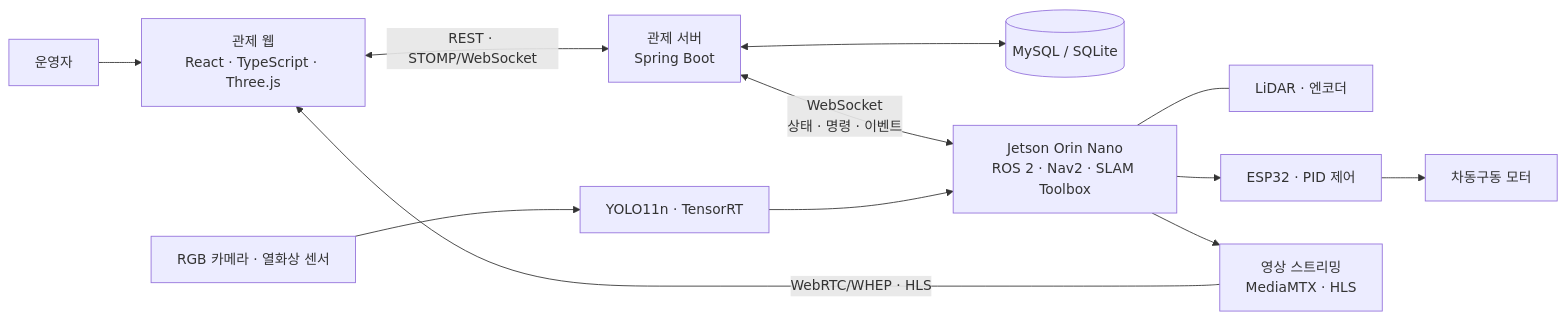
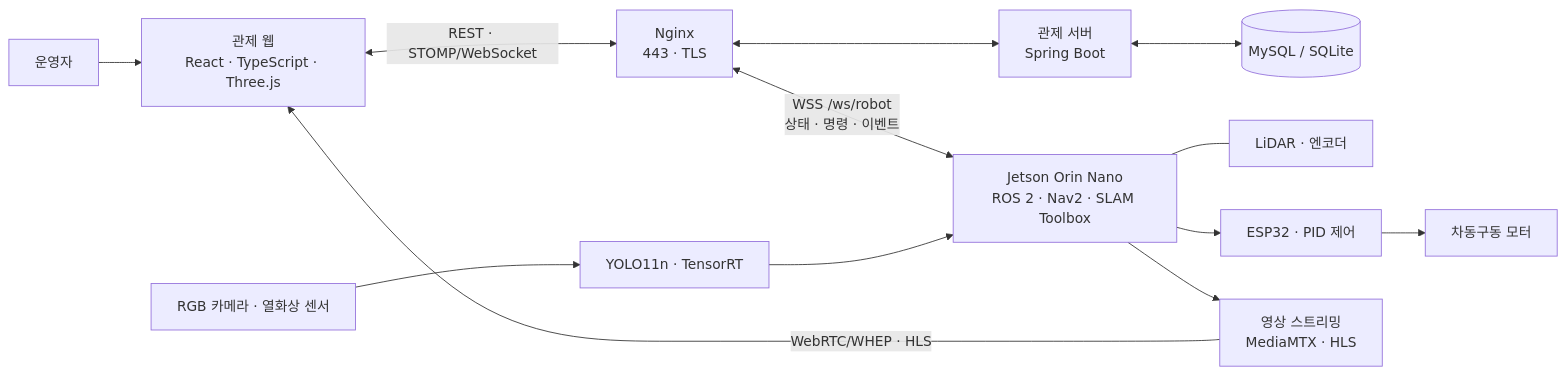
The diagram in README.md (jinsung-mo/-BBIYONG-autonomous_driving_factory_patrol_robot), drawn with Mermaid before and after one commit. The commit also changed other lines of this file and 2 other files, not shown here.

````diff
--- a/README.md
+++ b/README.md
@@ -245,14 +347,15 @@
 ```mermaid
 flowchart LR
     Operator[운영자] --> Web[관제 웹<br/>React · TypeScript · Three.js]
-    Web <-->|REST · STOMP/WebSocket| Server[관제 서버<br/>Spring Boot]
+    Web <-->|REST · STOMP/WebSocket| Nginx[Nginx<br/>443 · TLS]
+    Nginx <--> Server[관제 서버<br/>Spring Boot]
     Server <--> DB[(MySQL / SQLite)]
-    Server <-->|WebSocket<br/>상태 · 명령 · 이벤트| Robot[Jetson Orin Nano<br/>ROS 2 · Nav2 · SLAM Toolbox]
+    Nginx <-->|WSS /ws/robot<br/>상태 · 명령 · 이벤트| Robot[Jetson Orin Nano<br/>ROS 2 · Nav2 · SLAM Toolbox]
     Robot --- Lidar[LiDAR · 엔코더]
     Robot --> ESP[ESP32 · PID 제어]
     ESP --> Motor[차동구동 모터]
     Camera[RGB 카메라 · 열화상 센서] --> AI[YOLO11n · TensorRT]
     AI --> Robot
     Robot --> Stream[영상 스트리밍<br/>MediaMTX · HLS]
     Stream -->|WebRTC/WHEP · HLS| Web
 ```
````
